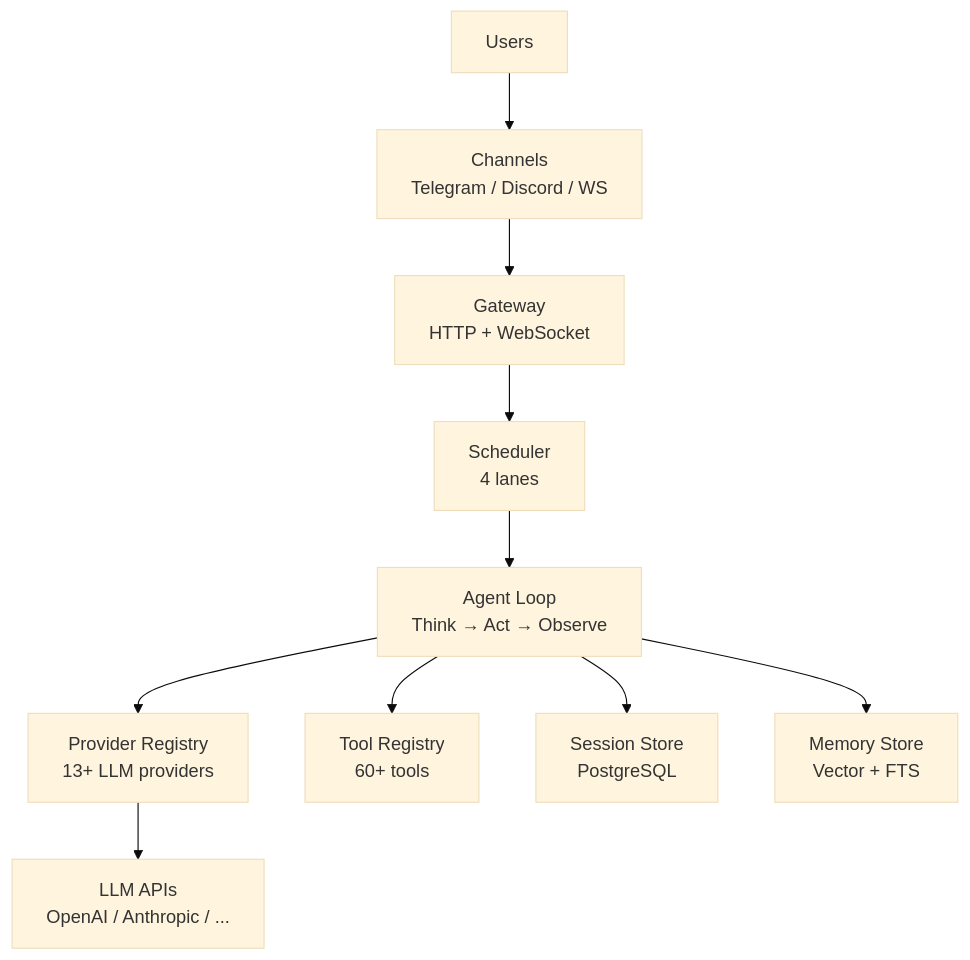
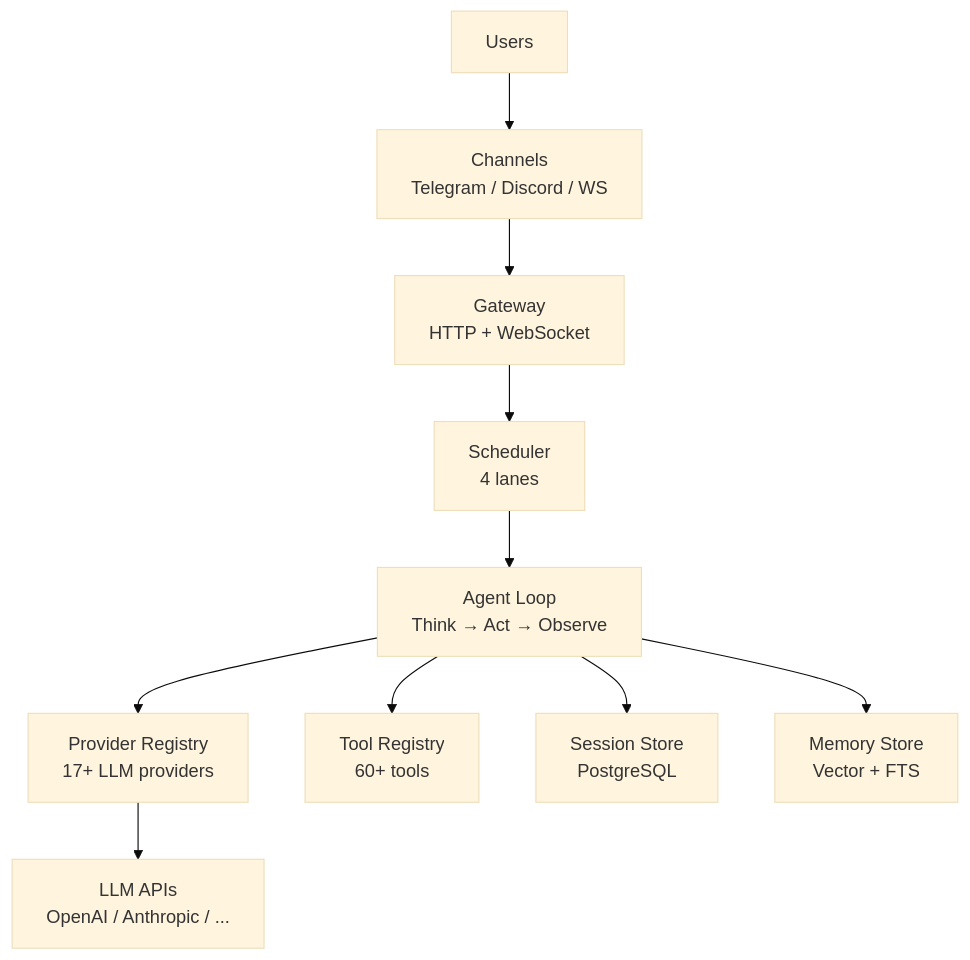
Before and after one commit to nextlevelbuilder/goclaw-docs: the first of 2 diagrams in core-concepts/how-goclaw-works.md, drawn with Mermaid (base theme). The commit also changed other lines of this file and 11 other files, not shown here.

````diff
--- a/core-concepts/how-goclaw-works.md
+++ b/core-concepts/how-goclaw-works.md
@@ -11,12 +11,12 @@
 ```mermaid
 graph TD
     U[Users] --> CH[Channels<br/>Telegram / Discord / WS]
     CH --> GW[Gateway<br/>HTTP + WebSocket]
     GW --> SC[Scheduler<br/>4 lanes]
     SC --> AL[Agent Loop<br/>Think → Act → Observe]
-    AL --> PR[Provider Registry<br/>13+ LLM providers]
+    AL --> PR[Provider Registry<br/>17+ LLM providers]
     AL --> TR[Tool Registry<br/>60+ tools]
     AL --> SS[Session Store<br/>PostgreSQL]
     AL --> MM[Memory Store<br/>Vector + FTS]
     PR --> LLM[LLM APIs<br/>OpenAI / Anthropic / ...]
 ```
````
